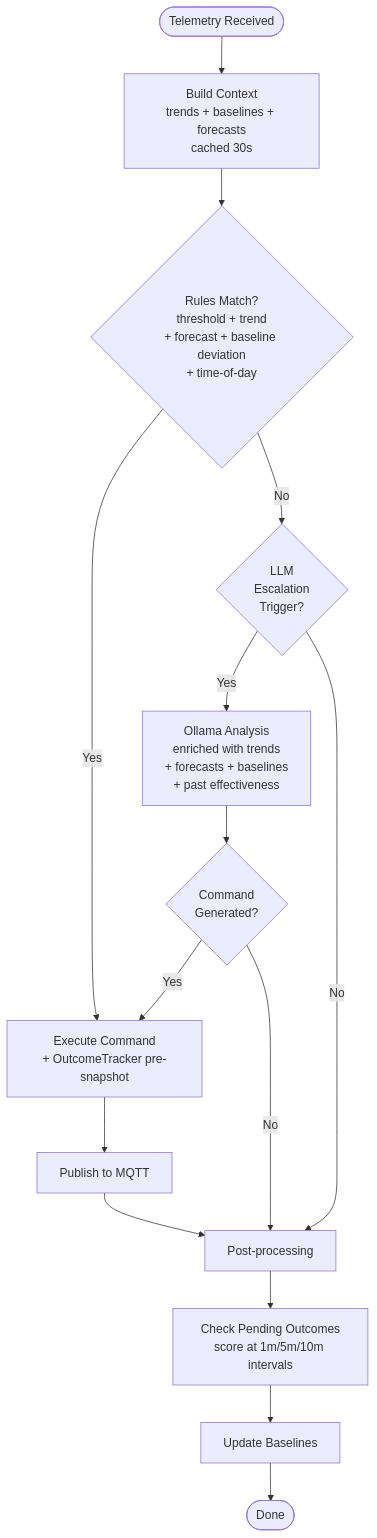
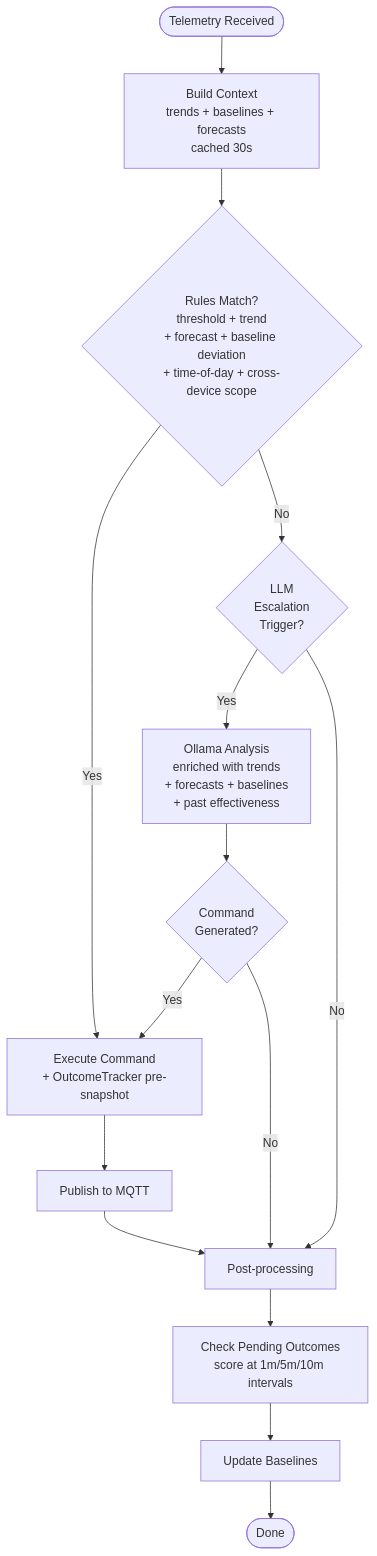
The seventh of 8 diagrams in README.md (curtisblanchette/my-esp32-project), drawn with Mermaid before and after one commit. The commit also changed other lines of this file and 19 other files, not shown here.

````diff
--- a/README.md
+++ b/README.md
@@ -568,17 +576,17 @@
 ```mermaid
 flowchart TB
     Start([Telemetry Received]) --> Context[Build Context<br/>trends + baselines + forecasts<br/>cached 30s]
-    Context --> Rules{Rules Match?<br/>threshold + trend<br/>+ forecast + baseline deviation<br/>+ time-of-day}
+    Context --> Rules{Rules Match?<br/>threshold + trend<br/>+ forecast + baseline deviation<br/>+ time-of-day + cross-device scope}
     Rules -->|Yes| Execute[Execute Command<br/>+ OutcomeTracker pre-snapshot]
     Rules -->|No| Escalate{LLM<br/>Escalation<br/>Trigger?}
     Escalate -->|Yes| LLM[Ollama Analysis<br/>enriched with trends<br/>+ forecasts + baselines<br/>+ past effectiveness]
     Escalate -->|No| Post[Post-processing]
     LLM --> Decision{Command<br/>Generated?}
     Decision -->|Yes| Execute
     Decision -->|No| Post
     Execute --> Publish[Publish to MQTT]
     Publish --> Post
     Post --> Outcomes[Check Pending Outcomes<br/>score at 1m/5m/10m intervals]
     Outcomes --> Baseline[Update Baselines]
     Baseline --> End([Done])
 ```
````
